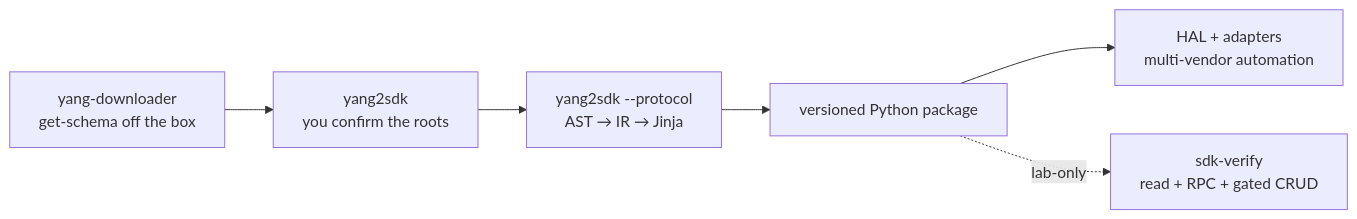
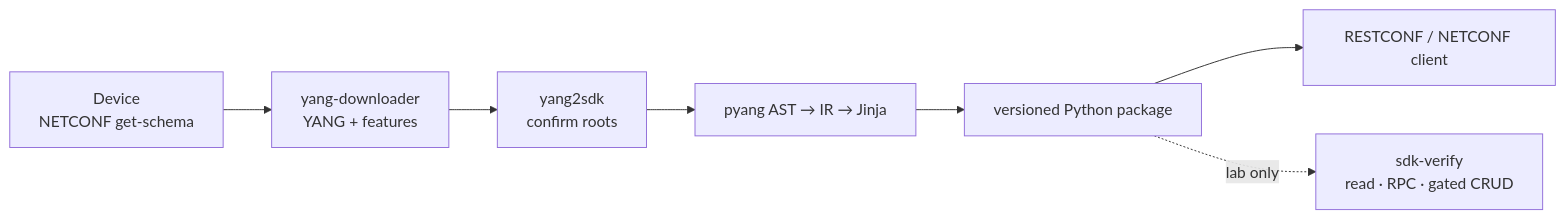
One commit to ConsortiumGARR/yang2sdk changed the diagram in README.md. Above: the diagram before and after it, drawn with Mermaid. The commit also changed other lines of this file and 15 other files, not shown here.

````diff
--- a/README.md
+++ b/README.md
@@ -5,8 +40,9 @@
 ```mermaid
 flowchart LR
-    A[yang-downloader<br/>get-schema off the box] --> B[yang2sdk<br/>you confirm the roots]
-    B --> C[yang2sdk --protocol<br/>AST → IR → Jinja]
-    C --> D[versioned Python package]
-    D --> E[HAL + adapters<br/>multi-vendor automation]
-    D -. lab-only .-> F[sdk-verify<br/>read + RPC + gated CRUD]
+    A[Device<br/>NETCONF get-schema] --> B[yang-downloader<br/>YANG + features]
+    B --> C[yang2sdk<br/>confirm roots]
+    C --> D[pyang AST → IR → Jinja]
+    D --> E[versioned Python package]
+    E --> F[RESTCONF / NETCONF client]
+    E -. lab only .-> G[sdk-verify<br/>read · RPC · gated CRUD]
 ```
````
